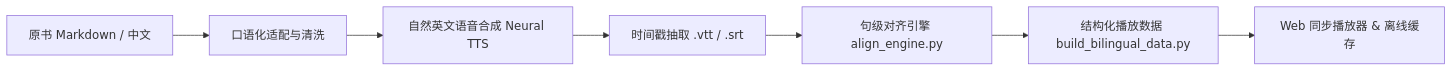
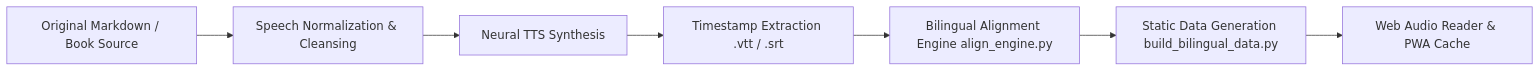
One commit to leoomo/techvoice changed the diagram in README.md. Above: the diagram before and after it, drawn with Mermaid. The commit also changed other lines of this file and 1 other file, not shown here.

First line of the commit message:
docs: provide standard English README.md with bilingual Chinese edition (README_zh.md)

````diff
--- a/README.md
+++ b/README.md
@@ -113,9 +117,9 @@
 ```mermaid
 flowchart LR
-    A[原书 Markdown / 中文] --> B[口语化适配与清洗]
-    B --> C[自然英文语音合成 Neural TTS]
-    C --> D[时间戳抽取 .vtt / .srt]
-    D --> E[句级对齐引擎 align_engine.py]
-    E --> F[结构化播放数据 build_bilingual_data.py]
-    F --> G[Web 同步播放器 & 离线缓存]
+    A[Original Markdown / Book Source] --> B[Speech Normalization & Cleansing]
+    B --> C[Neural TTS Synthesis]
+    C --> D[Timestamp Extraction .vtt / .srt]
+    D --> E[Bilingual Alignment Engine align_engine.py]
+    E --> F[Static Data Generation build_bilingual_data.py]
+    F --> G[Web Audio Reader & PWA Cache]
 ```
````
